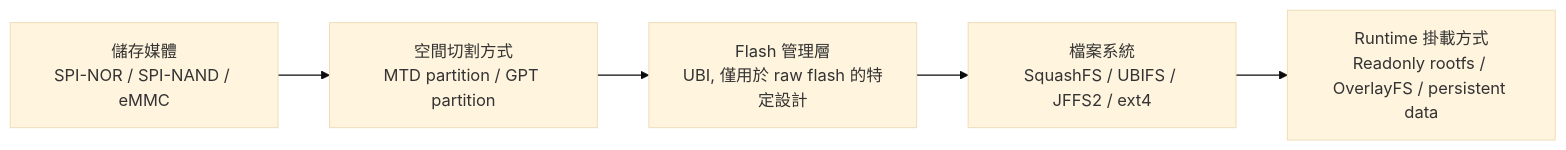
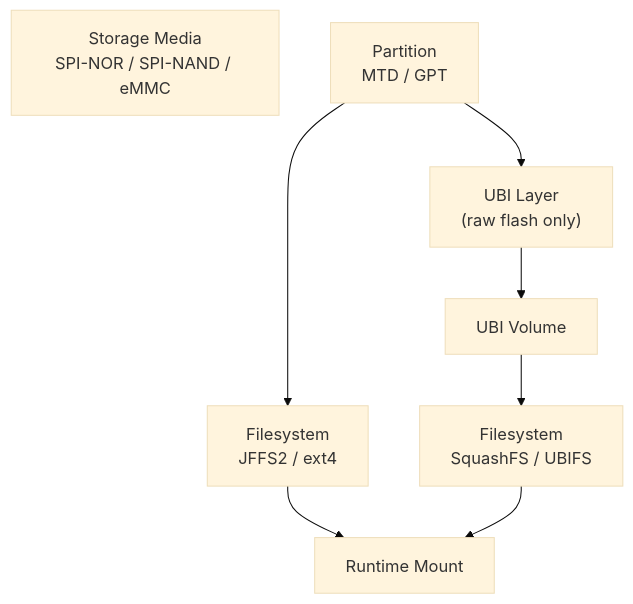
One commit to davidchen0970/porting-guide changed the first of 5 diagrams in 01_part_1_hardware_abstraction_layer/02_flash_partition_and_storage_architecture.md. Above: the diagram before and after it, drawn with Mermaid (base theme). The commit also changed other lines of this file, not shown here.

````diff
--- a/01_part_1_hardware_abstraction_layer/02_flash_partition_and_storage_architecture.md
+++ b/01_part_1_hardware_abstraction_layer/02_flash_partition_and_storage_architecture.md
@@ -30,7 +30,14 @@
 ```mermaid
-flowchart LR
-    A["儲存媒體<br/>SPI-NOR / SPI-NAND / eMMC"] --> B["空間切割方式<br/>MTD partition / GPT partition"]
-    B --> C["Flash 管理層<br/>UBI, 僅用於 raw flash 的特定設計"]
-    C --> D["檔案系統<br/>SquashFS / UBIFS / JFFS2 / ext4"]
-    D --> E["Runtime 掛載方式<br/>Readonly rootfs / OverlayFS / persistent data"]
+flowchart TB
+
+    A["Storage Media<br/>SPI-NOR / SPI-NAND / eMMC"]
+    B["Partition<br/>MTD / GPT"]
+
+    B --> C["Filesystem<br/>JFFS2 / ext4"]
+    B --> D["UBI Layer<br/>(raw flash only)"]
+    D --> E["UBI Volume"]
+    E --> F["Filesystem<br/>SquashFS / UBIFS"]
+
+    C --> G["Runtime Mount"]
+    F --> G
 ```
````
